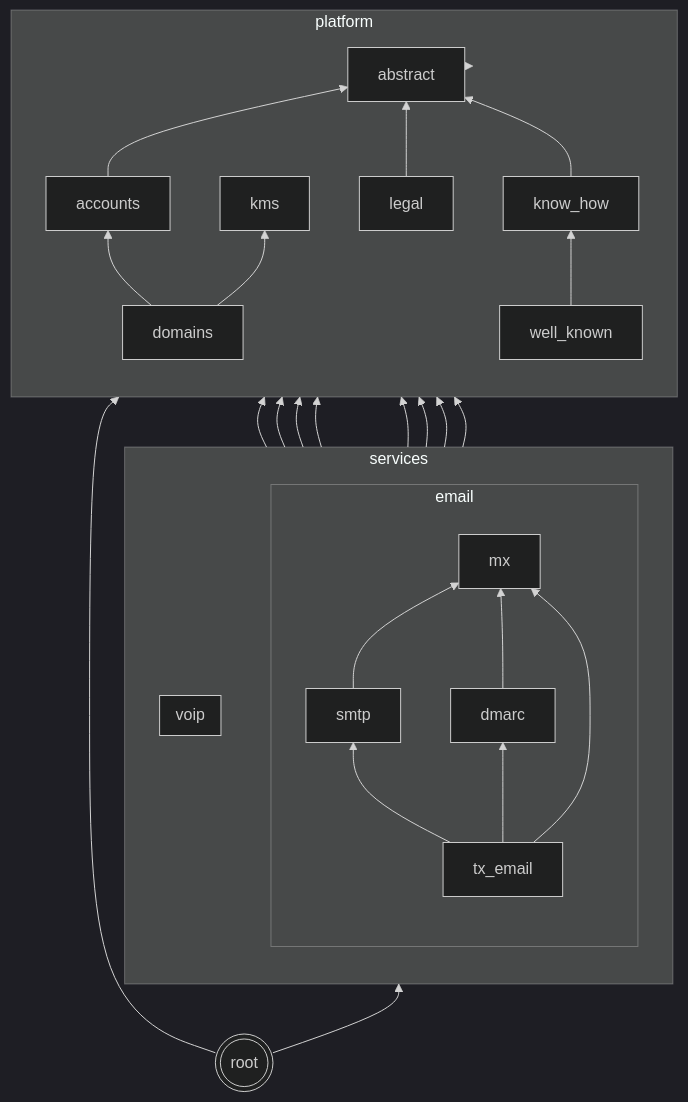
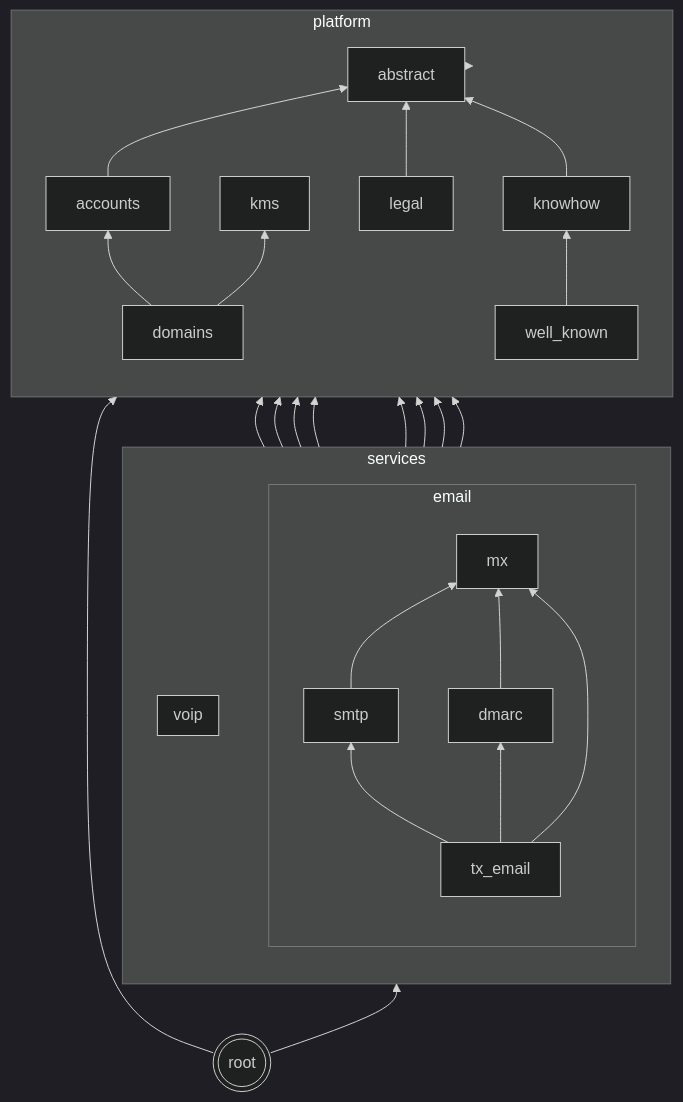
One commit to codingjoe/relay changed the diagram in README.md. Above: the diagram before and after it, drawn with Mermaid (dark theme). The commit also changed 26 other files, not shown here.

First line of the commit message:
Consolidate know_how/ and know-how/ into single knowhow/ directory

````diff
--- a/README.md
+++ b/README.md
@@ -131,49 +131,49 @@
 ```mermaid
 graph BT
  abstract[abstract];
  kms[kms];
  subgraph platform
  direction BT
  accounts
  domains
- know_how[know_how]
+ knowhow[knowhow]
  legal
  well_known[well_known]
  domains --> accounts
  accounts --> abstract
  domains --> kms
  legal --> abstract
- know_how --> abstract
- well_known --> know_how
+ knowhow --> abstract
+ well_known --> knowhow
  end
  subgraph services
  direction BT
  subgraph email
  direction BT
  tx_email[tx_email]
  smtp
  mx
  dmarc
  smtp --> accounts
  smtp --> domains
  smtp --> mx
  mx --> accounts
  mx --> domains
  mx --> kms
  dmarc --> accounts
  dmarc --> domains
  dmarc --> mx
  tx_email --> smtp
  tx_email --> mx
  tx_email --> dmarc
  end
  subgraph voip
  direction BT
  end
  end
  services --> platform;
  platform --> abstract;
  root --> services;
  root --> platform;
  root(((root)))
 ```
````
